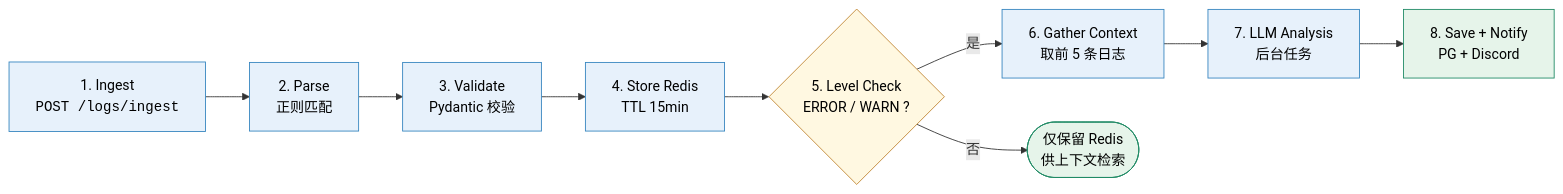
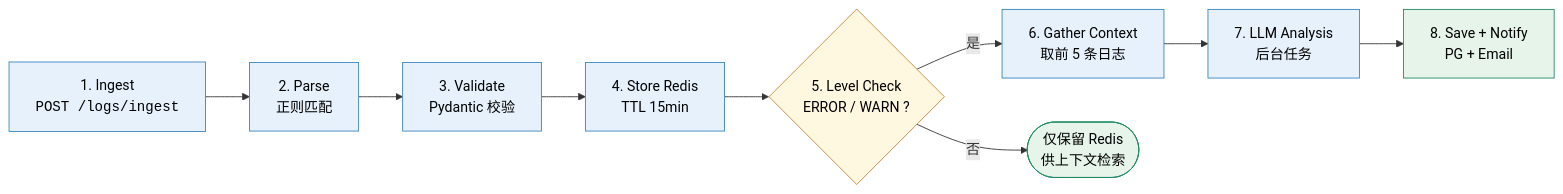
The second of 5 diagrams in BUSINESS_LOGIC.md (fanqingsong/AI_Agent-Log_Analyzer), drawn with Mermaid before and after one commit. The commit also changed other lines of this file and 12 other files, not shown here.

First line of the commit message:
Switch alert channel from Discord webhook to SMTP email

````diff
--- a/BUSINESS_LOGIC.md
+++ b/BUSINESS_LOGIC.md
@@ -72,19 +72,19 @@
 ```mermaid
 graph LR
     classDef normal fill:#e7f1fb,stroke:#3685bf,color:#000
     classDef decision fill:#fff8e1,stroke:#c08532,color:#000
     classDef endpoint fill:#e6f4ea,stroke:#1f8a65,color:#000
 
     S1["1. Ingest<br/><code>POST /logs/ingest</code>"]:::normal
     S2["2. Parse<br/>正则匹配"]:::normal
     S3["3. Validate<br/>Pydantic 校验"]:::normal
     S4["4. Store Redis<br/>TTL 15min"]:::normal
     S5{"5. Level Check<br/>ERROR / WARN ?"}:::decision
     S6["6. Gather Context<br/>取前 5 条日志"]:::normal
     S7["7. LLM Analysis<br/>后台任务"]:::normal
-    S8["8. Save + Notify<br/>PG + Discord"]:::endpoint
+    S8["8. Save + Notify<br/>PG + Email"]:::endpoint
 
     S1 --> S2 --> S3 --> S4 --> S5
     S5 -->|"是"| S6 --> S7 --> S8
     S5 -->|"否"| END(["仅保留 Redis<br/>供上下文检索"]):::endpoint
 ```
````
